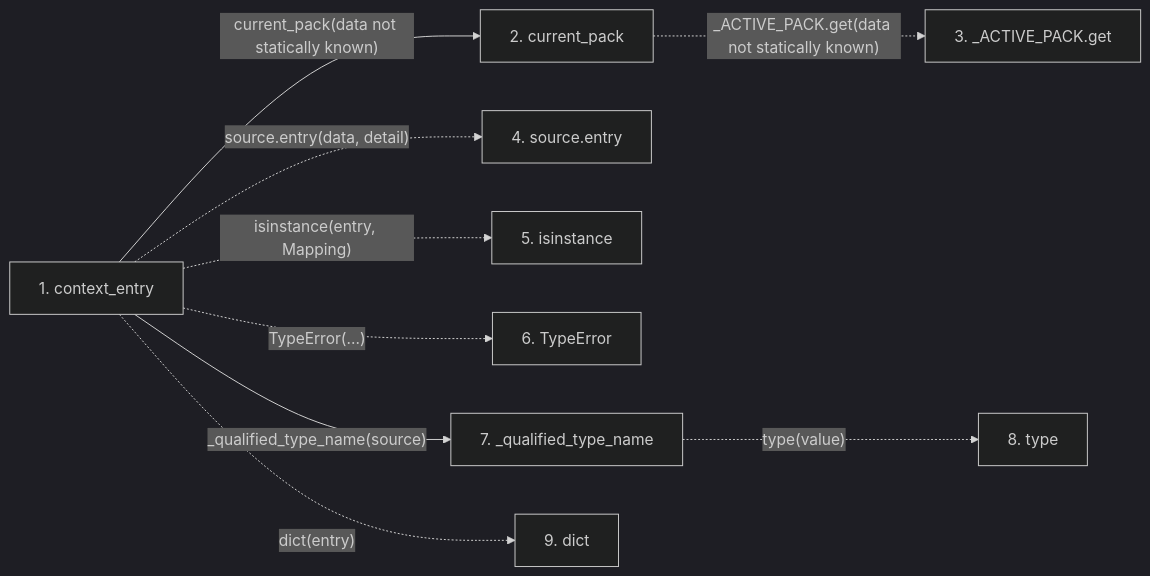
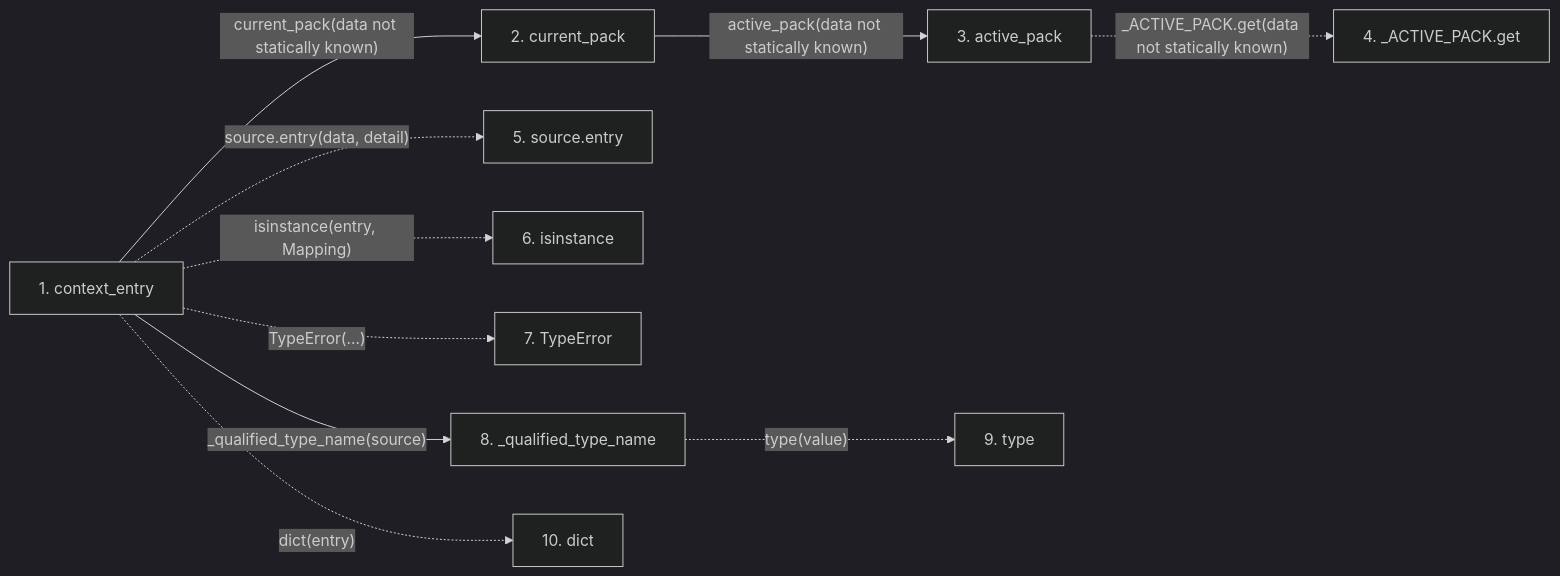
One commit to Denissvgn/python-wiki-llm changed the second of 2 diagrams in docs/llm_wiki/flows/api-context_entry.md. Above: the diagram before and after it, drawn with Mermaid (dark theme). The commit also changed other lines of this file and 719 other files, not shown here.

````diff
--- a/docs/llm_wiki/flows/api-context_entry.md
+++ b/docs/llm_wiki/flows/api-context_entry.md
@@ -50,23 +52,26 @@
 ```mermaid
 flowchart LR
     s1["1. context_entry"]
     s2["2. current_pack"]
-    s3["3. _ACTIVE_PACK.get"]
-    s4["4. source.entry"]
-    s5["5. isinstance"]
-    s6["6. TypeError"]
-    s7["7. _qualified_type_name"]
-    s8["8. type"]
-    s9["9. dict"]
+    s3["3. active_pack"]
+    s4["4. _ACTIVE_PACK.get"]
+    s5["5. source.entry"]
+    s6["6. isinstance"]
+    s7["7. TypeError"]
+    s8["8. _qualified_type_name"]
+    s9["9. type"]
+    s10["10. dict"]
     s1 -->|"current_pack(data not statically known)"| s2
-    s2 -. "_ACTIVE_PACK.get(data not statically known)" .-> s3
-    s1 -. "source.entry(data, detail)" .-> s4
-    s1 -. "isinstance(entry, Mapping)" .-> s5
-    s1 -. "TypeError(...)" .-> s6
-    s1 -->|"_qualified_type_name(source)"| s7
-    s7 -. "type(value)" .-> s8
-    s1 -. "dict(entry)" .-> s9
+    s2 -->|"active_pack(data not statically known)"| s3
+    s3 -. "_ACTIVE_PACK.get(data not statically known)" .-> s4
+    s1 -. "source.entry(data, detail)" .-> s5
+    s1 -. "isinstance(entry, Mapping)" .-> s6
+    s1 -. "TypeError(...)" .-> s7
+    s1 -->|"_qualified_type_name(source)"| s8
+    s8 -. "type(value)" .-> s9
+    s1 -. "dict(entry)" .-> s10
     click s1 "../modules/domain_pack.md"
     click s2 "../modules/domain_pack.md"
-    click s7 "../modules/domain_pack.md"
+    click s3 "../modules/pack_interfaces.md"
+    click s8 "../modules/pack_interfaces.md"
 ```
````
